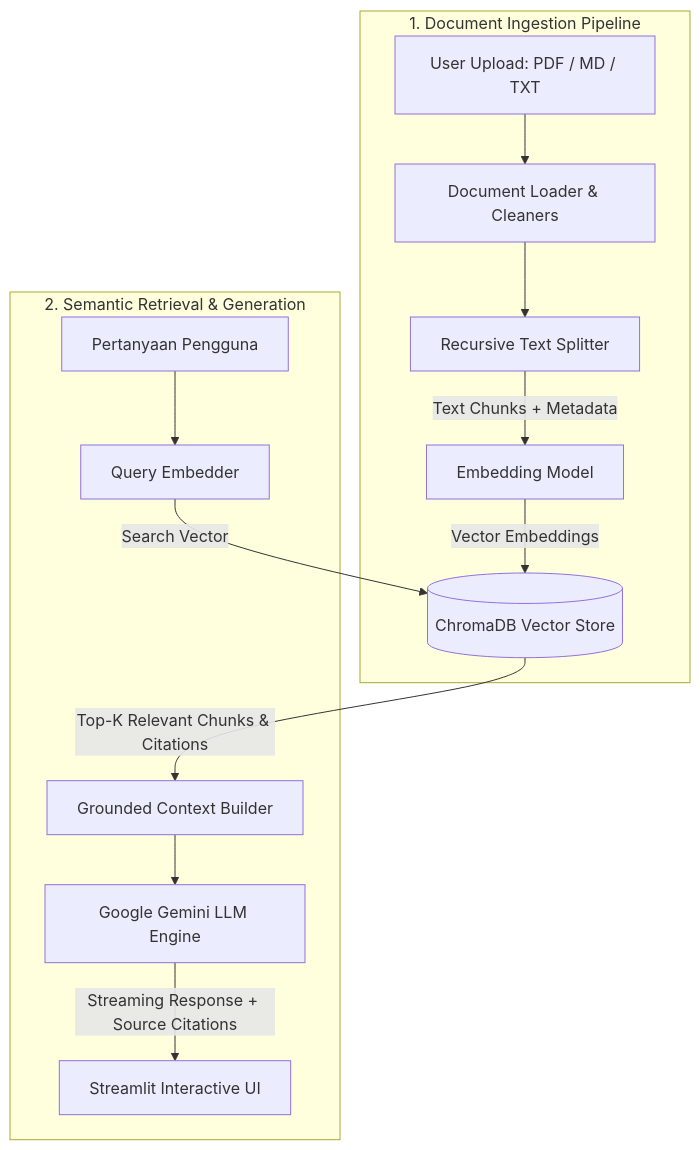
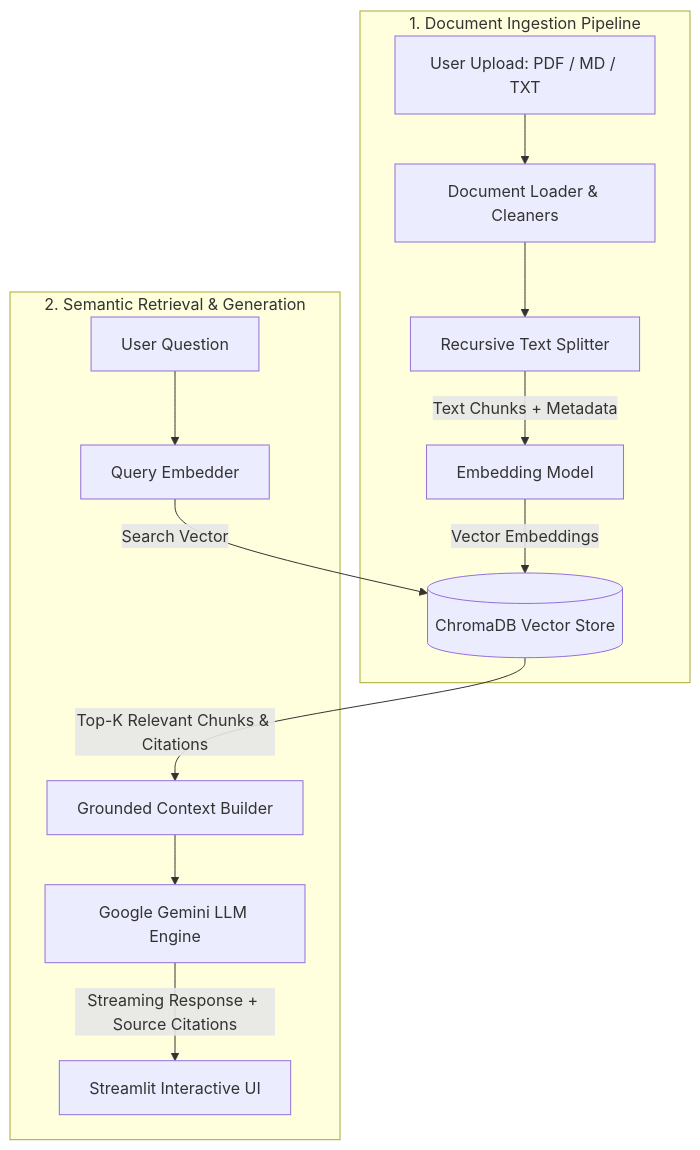
Before and after one commit to Jansky0/documind: the diagram in README.md, drawn with Mermaid. The commit also changed other lines of this file, not shown here.

````diff
--- a/README.md
+++ b/README.md
@@ -28,17 +28,17 @@
 ```mermaid
 flowchart TD
     subgraph Ingestion ["1. Document Ingestion Pipeline"]
         A[User Upload: PDF / MD / TXT] --> B[Document Loader & Cleaners]
         B --> C[Recursive Text Splitter]
         C -->|Text Chunks + Metadata| D[Embedding Model]
         D -->|Vector Embeddings| E[(ChromaDB Vector Store)]
     end
 
     subgraph RAG ["2. Semantic Retrieval & Generation"]
-        Q[Pertanyaan Pengguna] --> F[Query Embedder]
+        Q[User Question] --> F[Query Embedder]
         F -->|Search Vector| E
         E -->|Top-K Relevant Chunks & Citations| G[Grounded Context Builder]
         G --> H[Google Gemini LLM Engine]
         H -->|Streaming Response + Source Citations| UI[Streamlit Interactive UI]
     end
 ```
````
